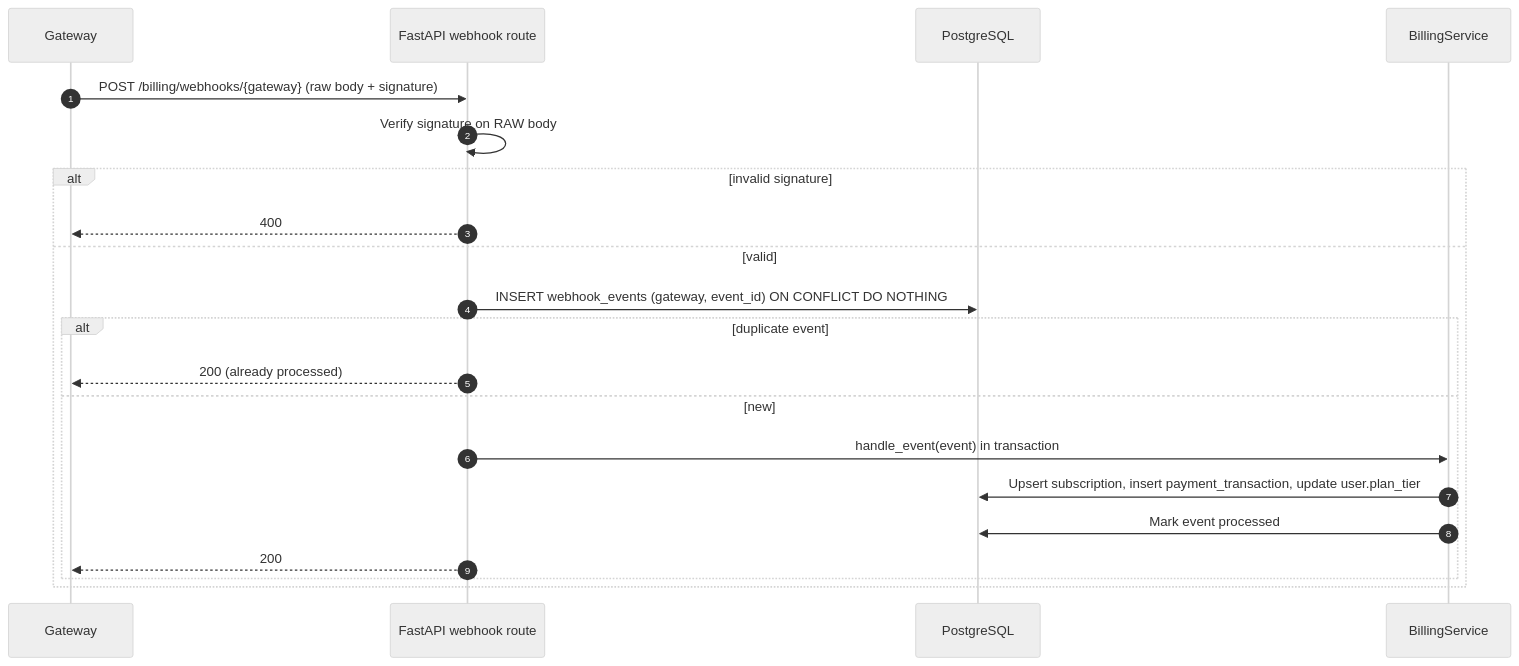
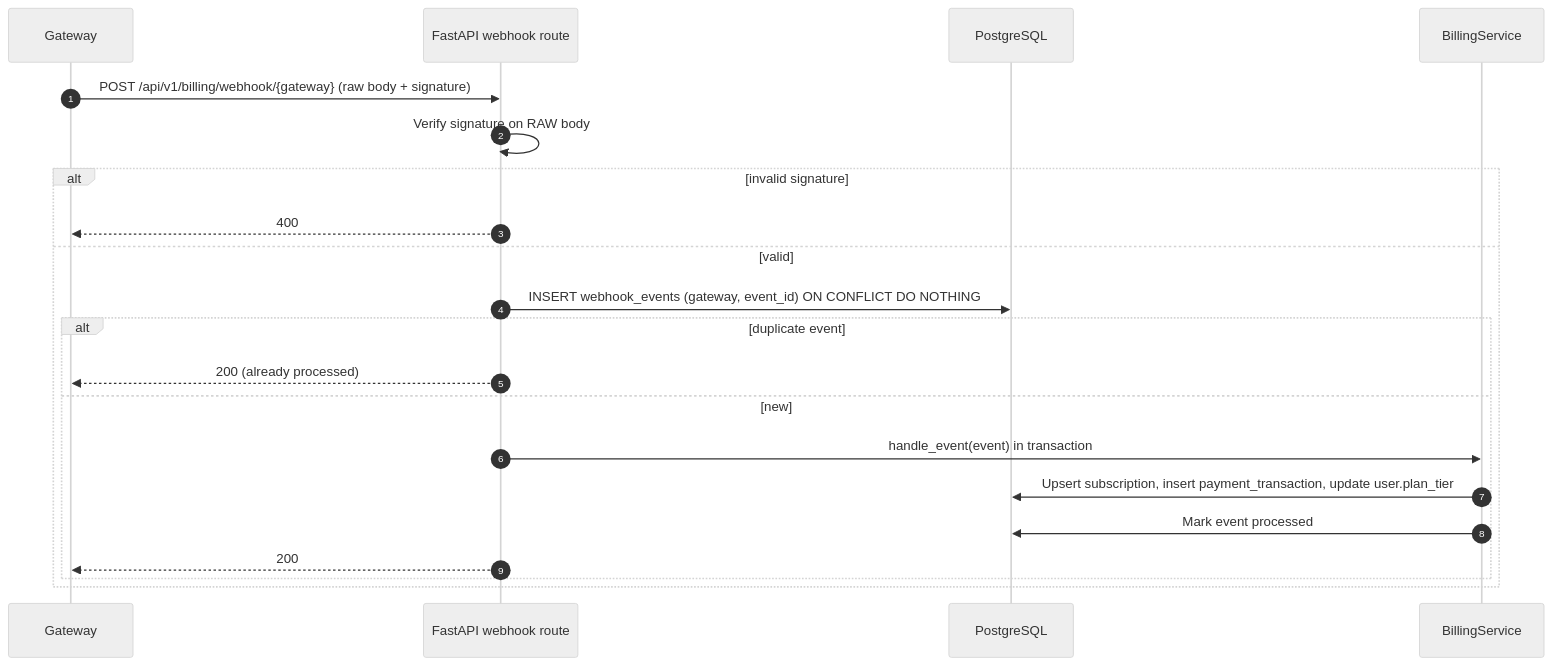
One commit to jay-sambhu/QA-For-lms changed the third of 5 diagrams in docs/BILLING.md. Above: the diagram before and after it, drawn with Mermaid (neutral theme). The commit also changed other lines of this file and 8 other files, not shown here.

Commit message:
feat: harden admin authorization sources and webhook signature verification

````diff
--- a/docs/BILLING.md
+++ b/docs/BILLING.md
@@ -71,24 +71,24 @@
 ```mermaid
 sequenceDiagram
     autonumber
     participant G as Gateway
     participant A as FastAPI webhook route
     participant D as PostgreSQL
     participant B as BillingService
 
-    G->>A: POST /billing/webhooks/{gateway} (raw body + signature)
+    G->>A: POST /api/v1/billing/webhook/{gateway} (raw body + signature)
     A->>A: Verify signature on RAW body
     alt invalid signature
         A-->>G: 400
     else valid
         A->>D: INSERT webhook_events (gateway, event_id) ON CONFLICT DO NOTHING
         alt duplicate event
             A-->>G: 200 (already processed)
         else new
             A->>B: handle_event(event) in transaction
             B->>D: Upsert subscription, insert payment_transaction, update user.plan_tier
             B->>D: Mark event processed
             A-->>G: 200
         end
     end
 ```
````
